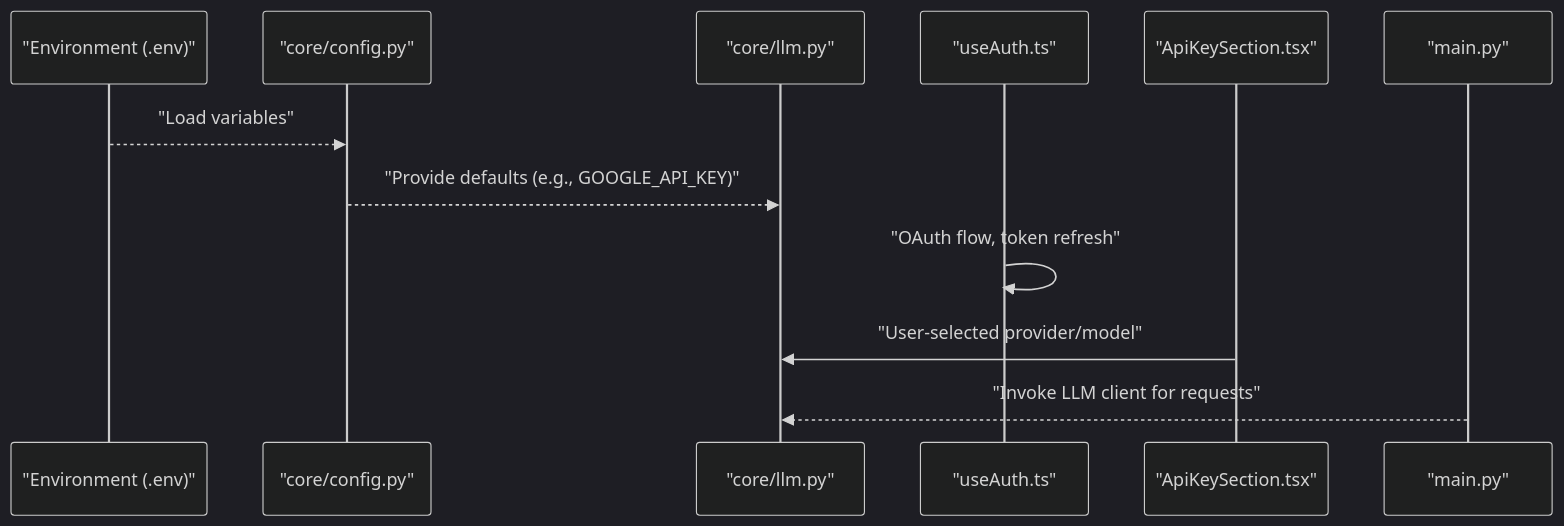
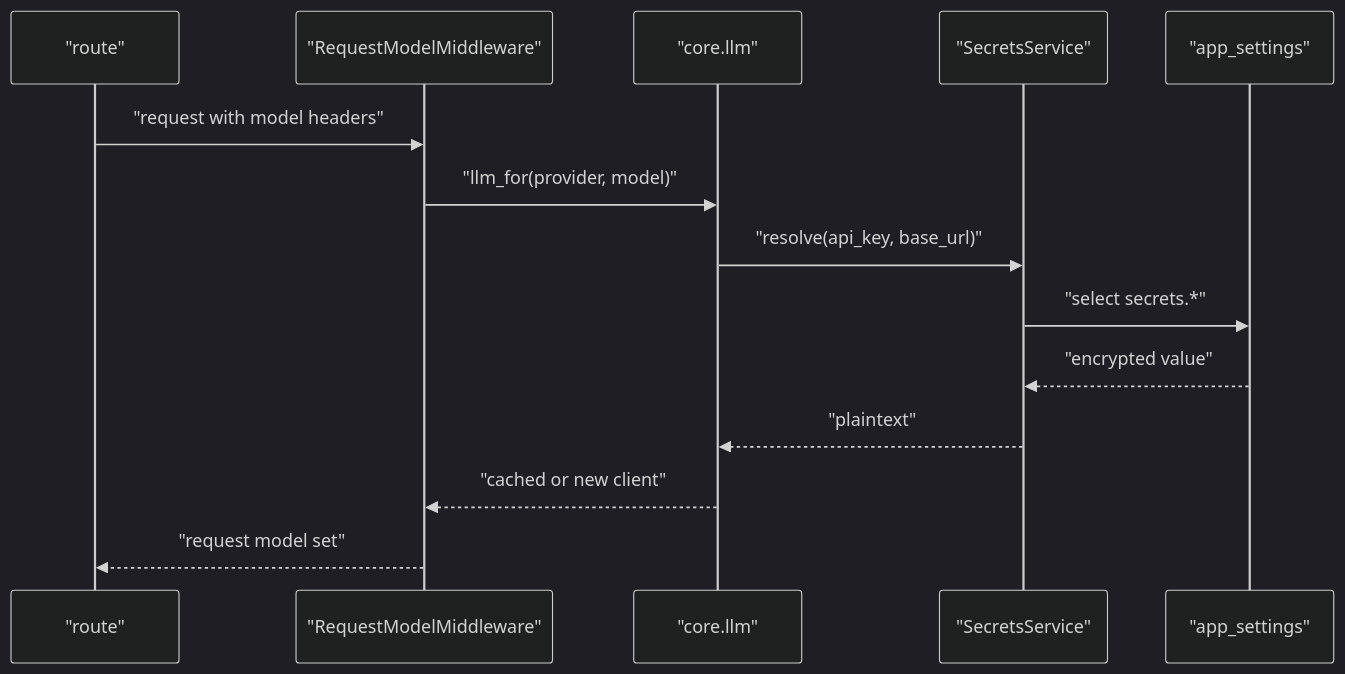
One commit to tashifkhan/tashif.codes changed the third of 6 diagrams in src/data/docs/agentic-browser/Configuration Management.md. Above: the diagram before and after it, drawn with Mermaid (dark theme). The commit also changed other lines of this file and 114 other files, not shown here.

````diff
--- a/src/data/docs/agentic-browser/Configuration Management.md
+++ b/src/data/docs/agentic-browser/Configuration Management.md
@@ -66,14 +72,16 @@
 ```mermaid
 sequenceDiagram
-participant Env as "Environment (.env)"
-participant CoreCfg as "core/config.py"
-participant LLM as "core/llm.py"
-participant ExtAuth as "useAuth.ts"
-participant ExtKeyUI as "ApiKeySection.tsx"
-participant API as "main.py"
-Env-->>CoreCfg : "Load variables"
-CoreCfg-->>LLM : "Provide defaults (e.g., GOOGLE_API_KEY)"
-ExtAuth->>ExtAuth : "OAuth flow, token refresh"
-ExtKeyUI->>LLM : "User-selected provider/model"
-API-->>LLM : "Invoke LLM client for requests"
+  participant Route as "route"
+  participant MW as "RequestModelMiddleware"
+  participant LLM as "core.llm"
+  participant Sec as "SecretsService"
+  participant DB as "app_settings"
+  Route->>MW : "request with model headers"
+  MW->>LLM : "llm_for(provider, model)"
+  LLM->>Sec : "resolve(api_key, base_url)"
+  Sec->>DB : "select secrets.*"
+  DB-->>Sec : "encrypted value"
+  Sec-->>LLM : "plaintext"
+  LLM-->>MW : "cached or new client"
+  MW-->>Route : "request model set"
 ```
````
